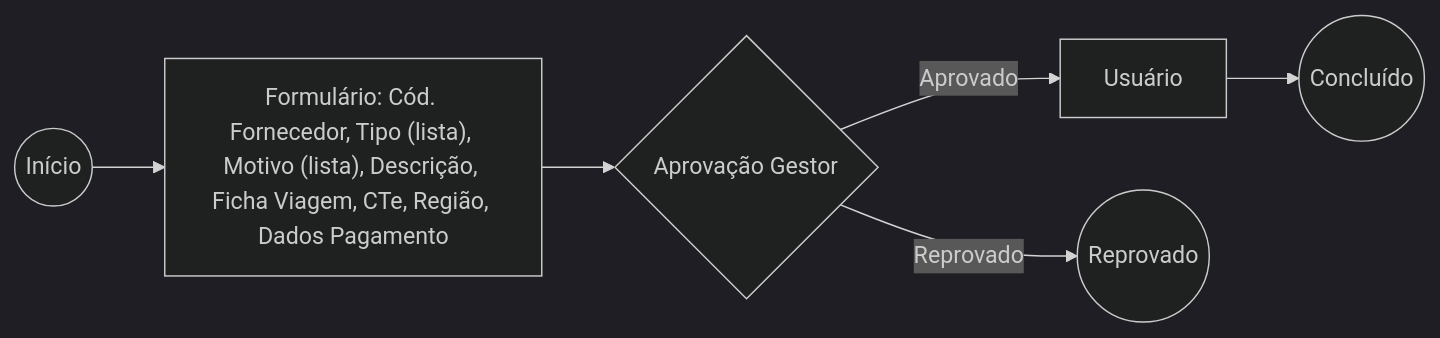
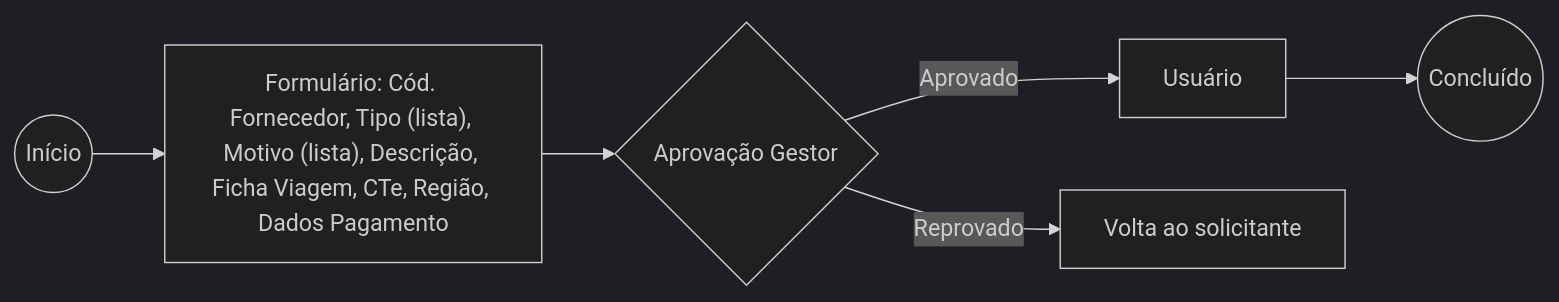
The diagram in fluxogramas/04-solicitacao-pagamento.md (elofavoritos-glitch/fluxograma-financeiro-elo), drawn with Mermaid (dark theme) before and after one commit. The commit also changed 5 other files, not shown here.

Commit message:
Fluxos: reprovação volta ao solicitante; Reembolso pode ser cancelado; dúvidas resolvidas

````diff
--- a/fluxogramas/04-solicitacao-pagamento.md
+++ b/fluxogramas/04-solicitacao-pagamento.md
@@ -3,8 +3,8 @@
 ```mermaid
 flowchart LR
     START((Início)) --> FORM["Formulário: Cód. Fornecedor, Tipo (lista), Motivo (lista), Descrição, Ficha Viagem, CTe, Região, Dados Pagamento"]
     FORM --> AG{Aprovação Gestor}
     AG -->|Aprovado| USR[Usuário]
-    AG -->|Reprovado| REP((Reprovado))
+    AG -->|Reprovado| VOLTA[Volta ao solicitante]
     USR --> FIM((Concluído))
 ```
````
